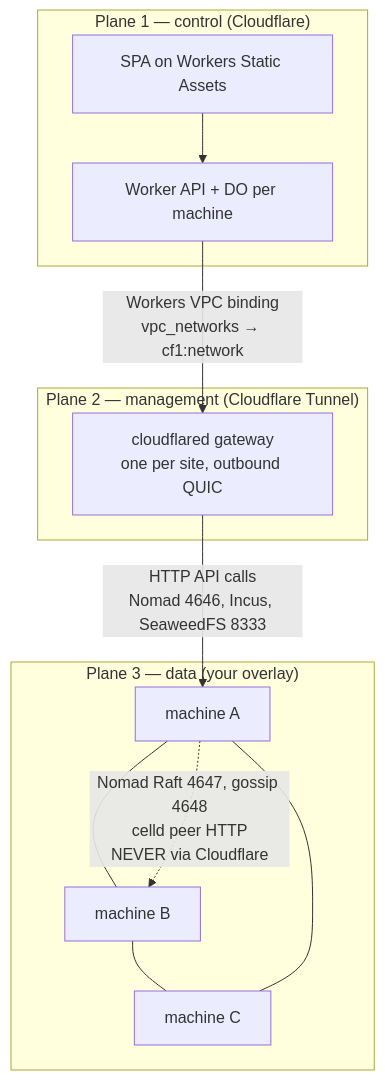
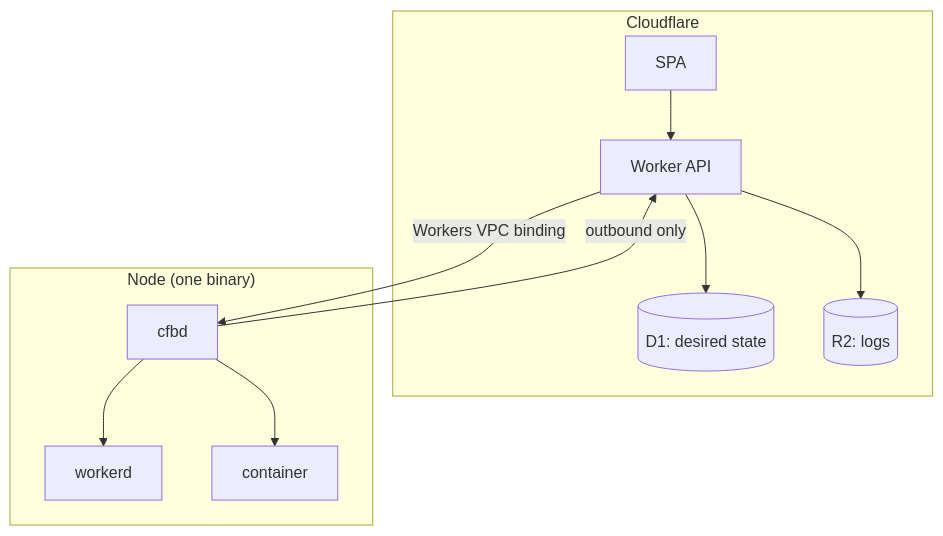
The diagram in README.md (Nemo-010/cfb-20261029110639), drawn with Mermaid before and after one commit. The commit also changed other lines of this file and 63 other files, not shown here.

First line of the commit message:
Revision 3: portability contract, one agent per node, documents cut to size

````diff
--- a/README.md
+++ b/README.md
@@ -51,25 +25,22 @@
 ```mermaid
 flowchart TB
-  subgraph P1["Plane 1 — control (Cloudflare)"]
-    SPA["SPA on Workers Static Assets"]
-    API["Worker API + DO per machine"]
-    SPA --> API
+  subgraph CF["Cloudflare"]
+    SPA["SPA"]
+    API["Worker API"]
+    D1[("D1: desired state")]
+    R2[("R2: logs")]
+    SPA --> API --> D1
+    API --> R2
   end
 
-  subgraph P2["Plane 2 — management (Cloudflare Tunnel)"]
-    GW["cloudflared gateway<br/>one per site, outbound QUIC"]
+  subgraph NODE["Node (one binary)"]
+    A["cfbd"]
+    W["workerd"]
+    C["container"]
+    A --> W
+    A --> C
   end
 
-  subgraph P3["Plane 3 — data (your overlay)"]
-    N1["machine A"]
-    N2["machine B"]
-    N3["machine C"]
-    N1 --- N2
-    N2 --- N3
-    N1 --- N3
-  end
-
-  API -->|"Workers VPC binding<br/>vpc_networks → cf1:network"| GW
-  GW -->|"HTTP API calls<br/>Nomad 4646, Incus, SeaweedFS 8333"| N1
-  N1 -.->|"Nomad Raft 4647, gossip 4648<br/>celld peer HTTP<br/>NEVER via Cloudflare"| N2
+  API -->|"Workers VPC binding"| A
+  A -->|"outbound only"| API
 ```
````
